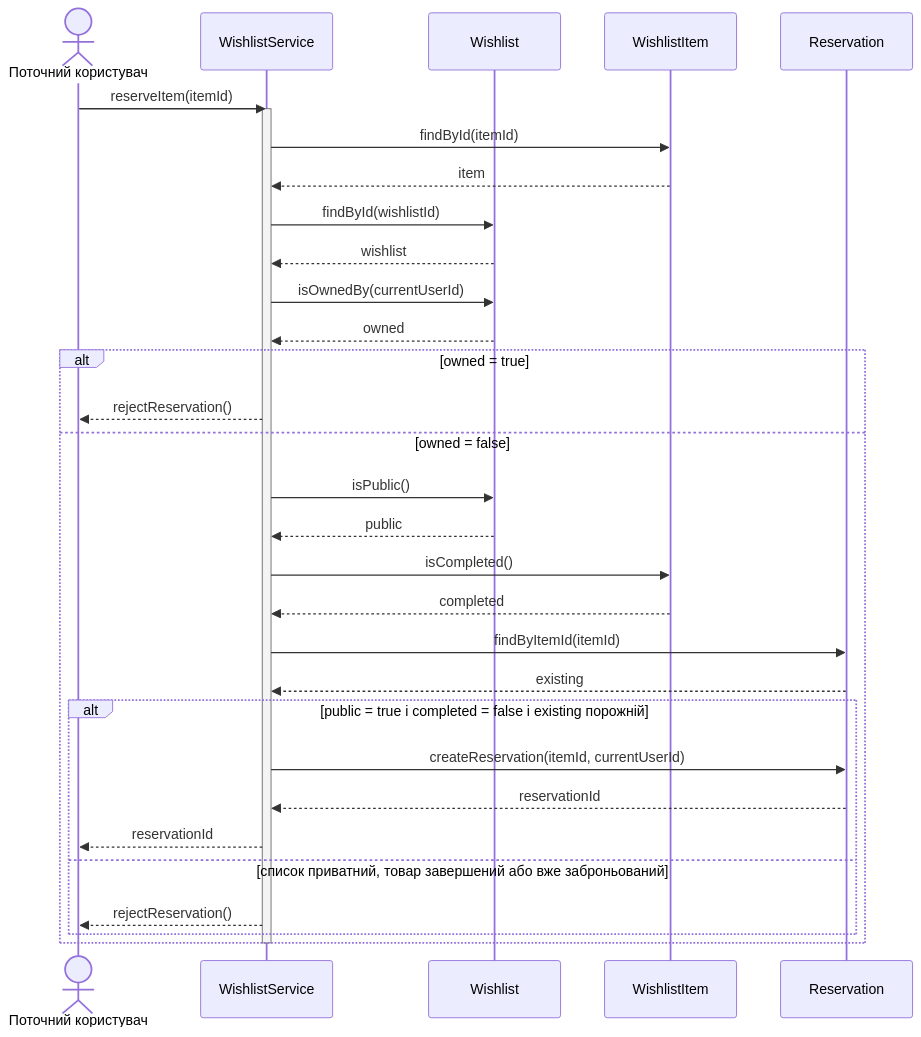
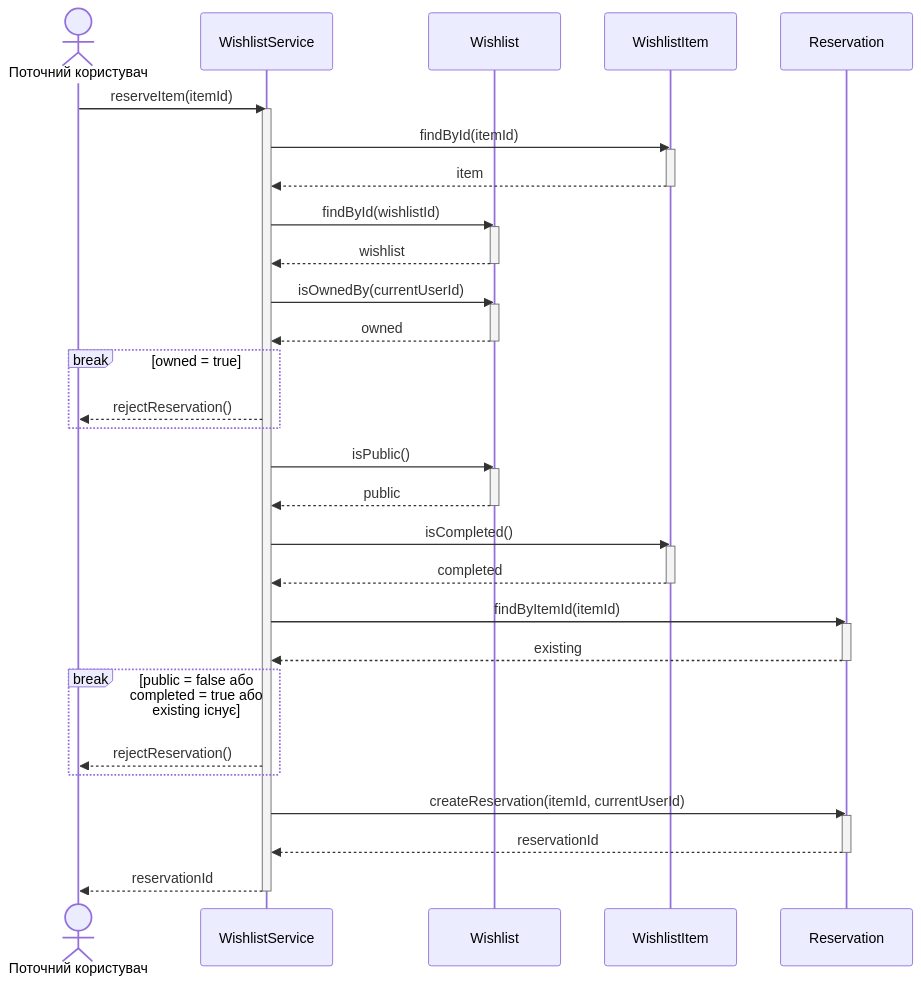
Before and after one commit to mariiahosp/kpi-labs: the diagram in lab3/sc-04-reserve-own-item.md, drawn with Mermaid. The commit also changed 8 other files, not shown here.

Commit message:
fix: use break for early reject and activate called entities

````diff
--- a/lab3/sc-04-reserve-own-item.md
+++ b/lab3/sc-04-reserve-own-item.md
@@ -3,36 +3,48 @@
 ```mermaid
 sequenceDiagram
     actor User as Поточний користувач
     participant S as WishlistService
     participant W as Wishlist
     participant Item as WishlistItem
     participant R as Reservation
 
     User->>S: reserveItem(itemId)
     activate S
     S->>Item: findById(itemId)
+    activate Item
     Item-->>S: item
+    deactivate Item
     S->>W: findById(wishlistId)
+    activate W
     W-->>S: wishlist
+    deactivate W
     S->>W: isOwnedBy(currentUserId)
+    activate W
     W-->>S: owned
+    deactivate W
 
-    alt owned = true
+    break owned = true
         S-->>User: rejectReservation()
-    else owned = false
-        S->>W: isPublic()
-        W-->>S: public
-        S->>Item: isCompleted()
-        Item-->>S: completed
-        S->>R: findByItemId(itemId)
-        R-->>S: existing
-        alt public = true і completed = false і existing порожній
-            S->>R: createReservation(itemId, currentUserId)
-            R-->>S: reservationId
-            S-->>User: reservationId
-        else список приватний, товар завершений або вже заброньований
-            S-->>User: rejectReservation()
-        end
     end
+    S->>W: isPublic()
+    activate W
+    W-->>S: public
+    deactivate W
+    S->>Item: isCompleted()
+    activate Item
+    Item-->>S: completed
+    deactivate Item
+    S->>R: findByItemId(itemId)
+    activate R
+    R-->>S: existing
+    deactivate R
+    break public = false або completed = true або existing існує
+        S-->>User: rejectReservation()
+    end
+    S->>R: createReservation(itemId, currentUserId)
+    activate R
+    R-->>S: reservationId
+    deactivate R
+    S-->>User: reservationId
     deactivate S
 ```
````
